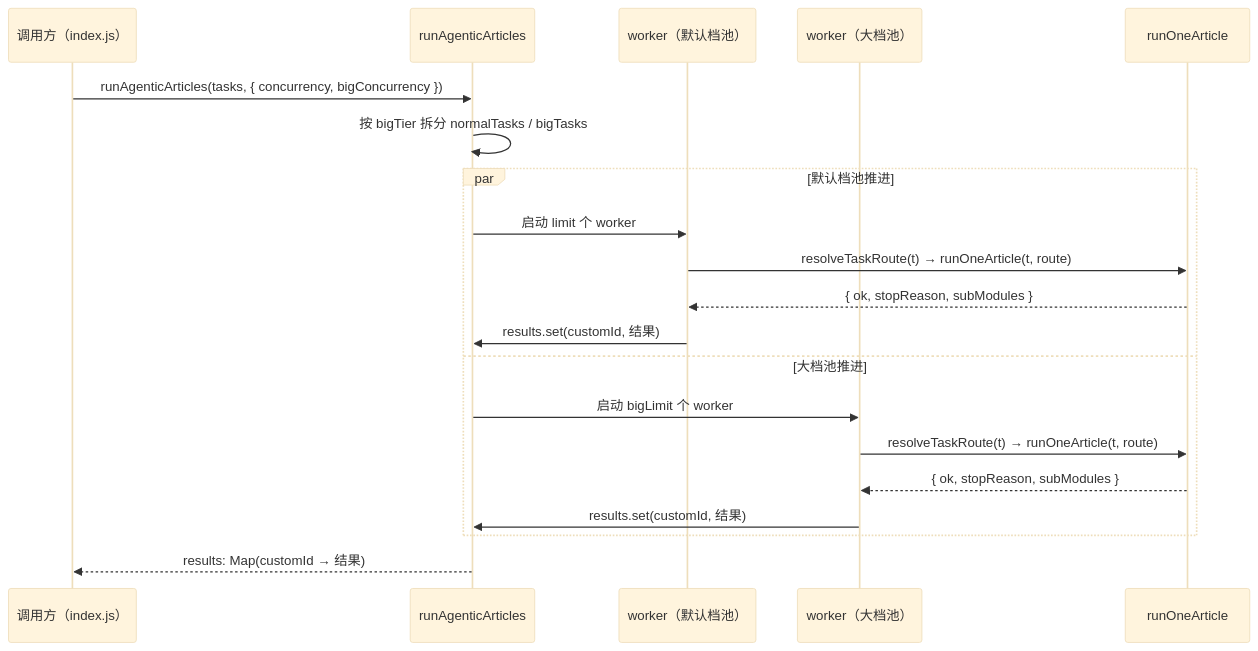
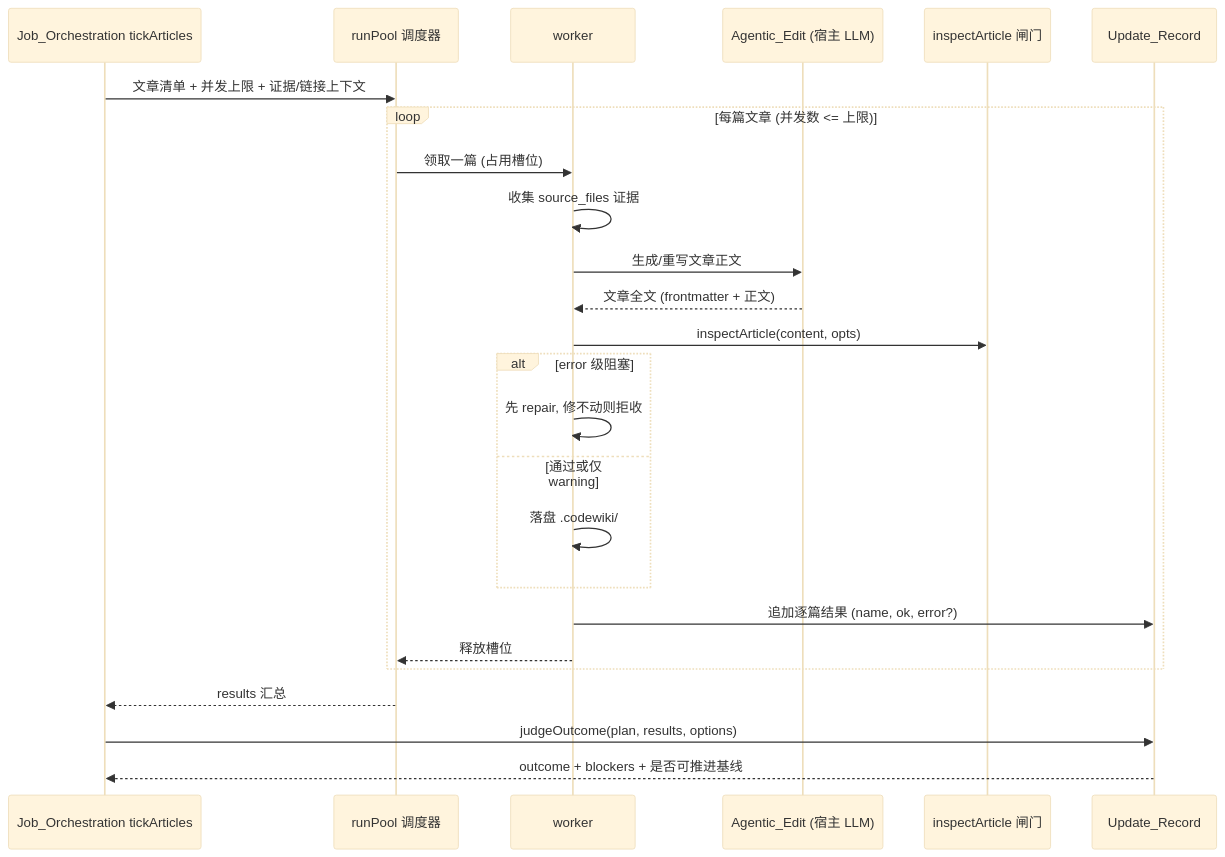
One commit to ikliml666/dsh-codewiki changed the fourth of 4 diagrams in .codewiki/_techdocs/docs/Article_Agentic_Pool.md. Above: the diagram before and after it, drawn with Mermaid (base theme). The commit also changed other lines of this file and 70 other files, not shown here.

````diff
--- a/.codewiki/_techdocs/docs/Article_Agentic_Pool.md
+++ b/.codewiki/_techdocs/docs/Article_Agentic_Pool.md
@@ -69,23 +114,28 @@
 ```mermaid
 sequenceDiagram
-    participant Caller as 调用方（index.js）
-    participant Pool as runAgenticArticles
-    participant W1 as worker（默认档池）
-    participant W2 as worker（大档池）
-    participant One as runOneArticle
+    participant J as Job_Orchestration tickArticles
+    participant P as runPool 调度器
+    participant W as worker
+    participant E as Agentic_Edit (宿主 LLM)
+    participant C as inspectArticle 闸门
+    participant R as Update_Record
 
-    Caller->>Pool: runAgenticArticles(tasks, { concurrency, bigConcurrency })
-    Pool->>Pool: 按 bigTier 拆分 normalTasks / bigTasks
-    par 默认档池推进
-        Pool->>W1: 启动 limit 个 worker
-        W1->>One: resolveTaskRoute(t) → runOneArticle(t, route)
-        One-->>W1: { ok, stopReason, subModules }
-        W1->>Pool: results.set(customId, 结果)
-    and 大档池推进
-        Pool->>W2: 启动 bigLimit 个 worker
-        W2->>One: resolveTaskRoute(t) → runOneArticle(t, route)
-        One-->>W2: { ok, stopReason, subModules }
-        W2->>Pool: results.set(customId, 结果)
+    J->>P: 文章清单 + 并发上限 + 证据/链接上下文
+    loop 每篇文章 (并发数 <= 上限)
+        P->>W: 领取一篇 (占用槽位)
+        W->>W: 收集 source_files 证据
+        W->>E: 生成/重写文章正文
+        E-->>W: 文章全文 (frontmatter + 正文)
+        W->>C: inspectArticle(content, opts)
+        alt error 级阻塞
+            W->>W: 先 repair, 修不动则拒收
+        else 通过或仅 warning
+            W->>W: 落盘 .codewiki/
+        end
+        W->>R: 追加逐篇结果 (name, ok, error?)
+        W-->>P: 释放槽位
     end
-    Pool-->>Caller: results: Map(customId → 结果)
+    P-->>J: results 汇总
+    J->>R: judgeOutcome(plan, results, options)
+    R-->>J: outcome + blockers + 是否可推进基线
 ```
````
